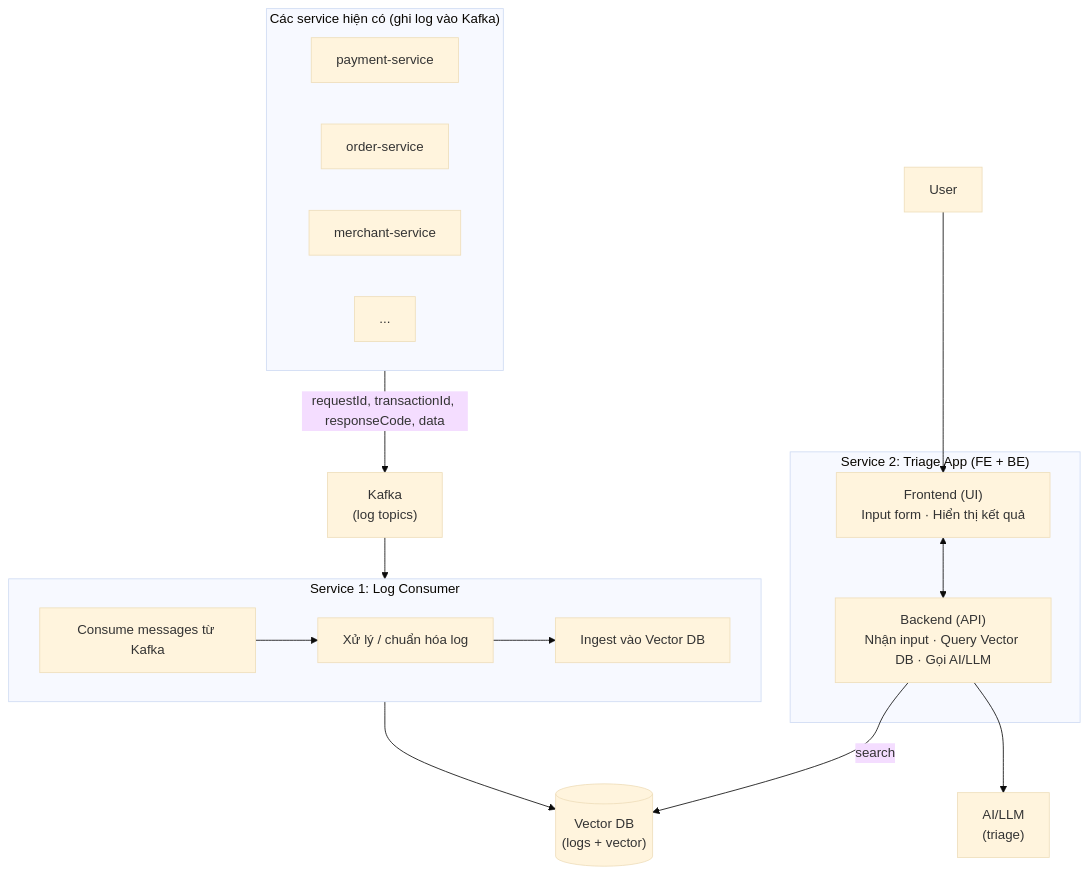
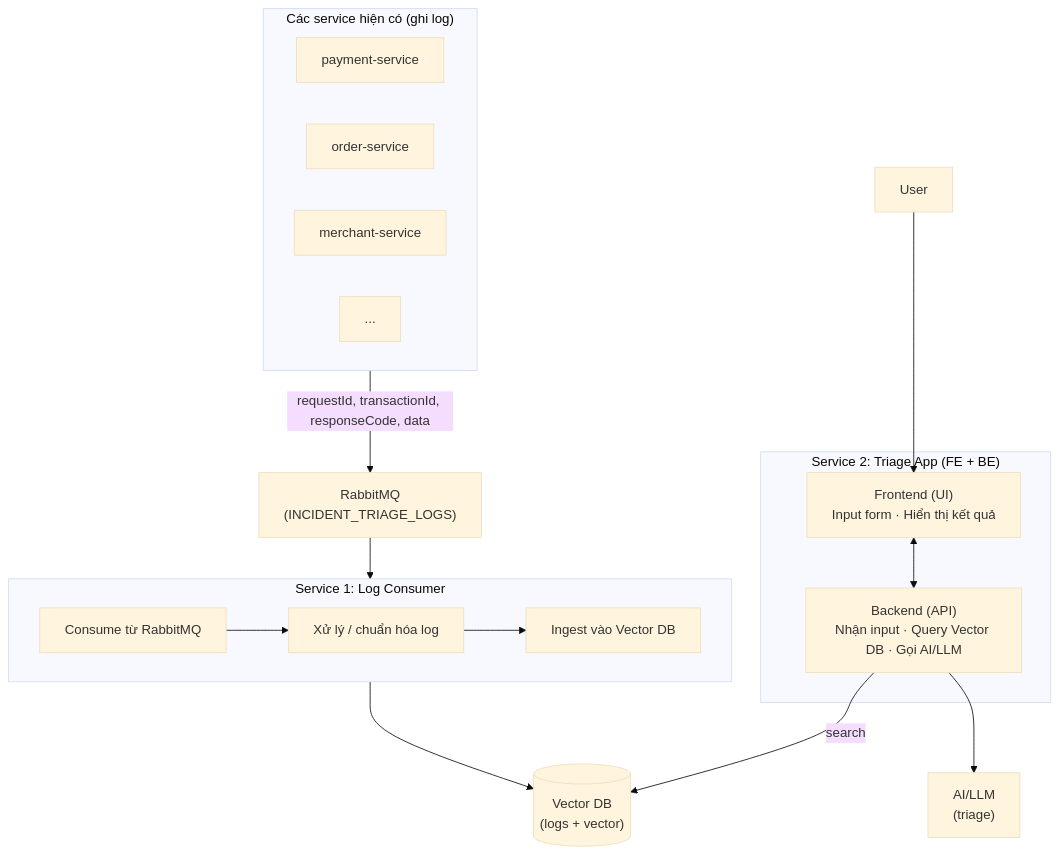
Before and after one commit to nvnhan221/ai-incident-triage: the diagram in docs/ARCHITECTURE.md, drawn with Mermaid (base theme). The commit also changed other lines of this file and 9 other files, not shown here.

Commit message:
Change from kafka to rabbit to consume messages

````diff
--- a/docs/ARCHITECTURE.md
+++ b/docs/ARCHITECTURE.md
@@ -59,34 +59,34 @@
 ```mermaid
 flowchart TB
-    subgraph sources["Các service hiện có (ghi log vào Kafka)"]
+    subgraph sources["Các service hiện có (ghi log)"]
         payment["payment-service"]
         order["order-service"]
         merchant["merchant-service"]
         other["..."]
     end
 
-    Kafka["Kafka\n(log topics)"]
-    sources -->|"requestId, transactionId, responseCode, data"| Kafka
+    RMQ["RabbitMQ\n(INCIDENT_TRIAGE_LOGS)"]
+    sources -->|"requestId, transactionId, responseCode, data"| RMQ
 
     subgraph consumer["Service 1: Log Consumer"]
-        c1["Consume messages từ Kafka"]
+        c1["Consume từ RabbitMQ"]
         c2["Xử lý / chuẩn hóa log"]
         c3["Ingest vào Vector DB"]
         c1 --> c2 --> c3
     end
-    Kafka --> consumer
+    RMQ --> consumer
 
     VDB[("Vector DB\n(logs + vector)")]
     consumer --> VDB
 
     User["User"]
     subgraph app["Service 2: Triage App (FE + BE)"]
         FE["Frontend (UI)\nInput form · Hiển thị kết quả"]
         BE["Backend (API)\nNhận input · Query Vector DB · Gọi AI/LLM"]
         FE <--> BE
     end
     User --> FE
 
     BE -->|"search"| VDB
     BE --> LLM["AI/LLM\n(triage)"]
 ```
````
